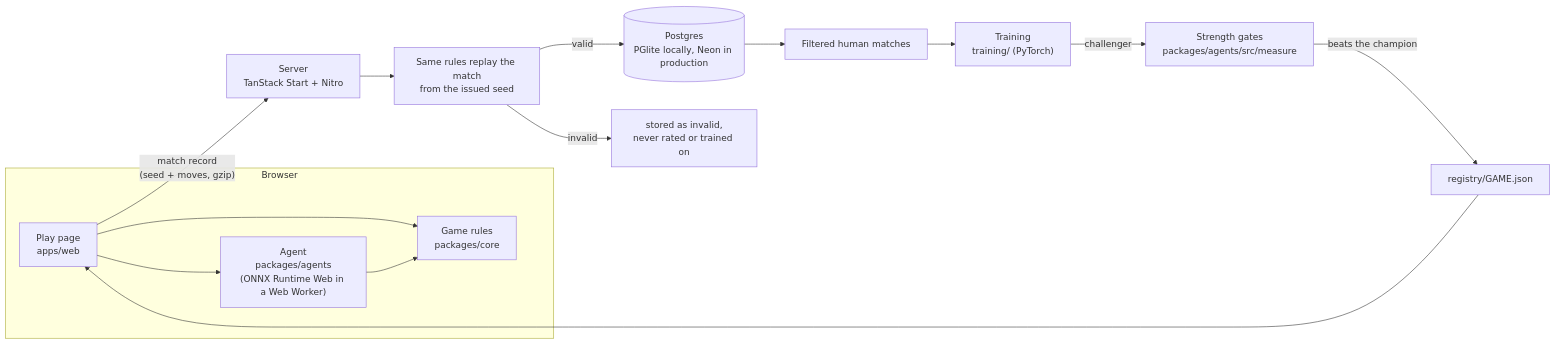
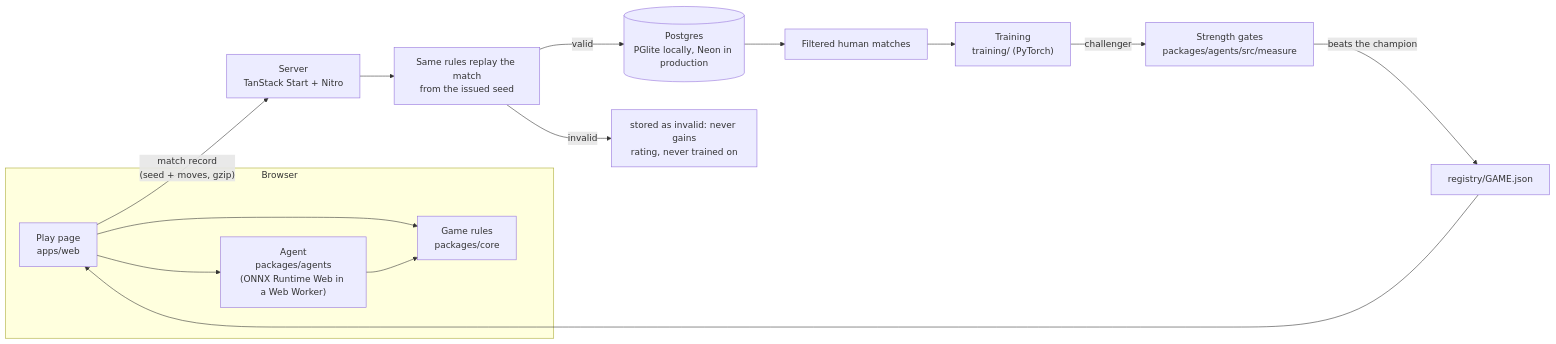
Before and after one commit to vs-githjk/duelwise: the diagram in README.md, drawn with Mermaid. The commit also changed other lines of this file, not shown here.

Commit message:
task lossdodge: README says an invalid record never gains rating

````diff
--- a/README.md
+++ b/README.md
@@ -61,17 +61,17 @@
 ```mermaid
 flowchart LR
   subgraph Browser
     Page["Play page<br/>apps/web"] --> Agent["Agent<br/>packages/agents<br/>(ONNX Runtime Web in a Web Worker)"]
     Page --> Core1["Game rules<br/>packages/core"]
     Agent --> Core1
   end
   Page -- "match record<br/>(seed + moves, gzip)" --> Server["Server<br/>TanStack Start + Nitro"]
   Server --> Core2["Same rules replay the match<br/>from the issued seed"]
   Core2 -- "valid" --> DB[("Postgres<br/>PGlite locally, Neon in production")]
-  Core2 -- "invalid" --> Reject["stored as invalid,<br/>never rated or trained on"]
+  Core2 -- "invalid" --> Reject["stored as invalid: never gains<br/>rating, never trained on"]
   DB --> Export["Filtered human matches"]
   Export --> Train["Training<br/>training/ (PyTorch)"]
   Train -- "challenger" --> Gate["Strength gates<br/>packages/agents/src/measure"]
   Gate -- "beats the champion" --> Registry["registry/GAME.json"]
   Registry --> Page
 ```
````
